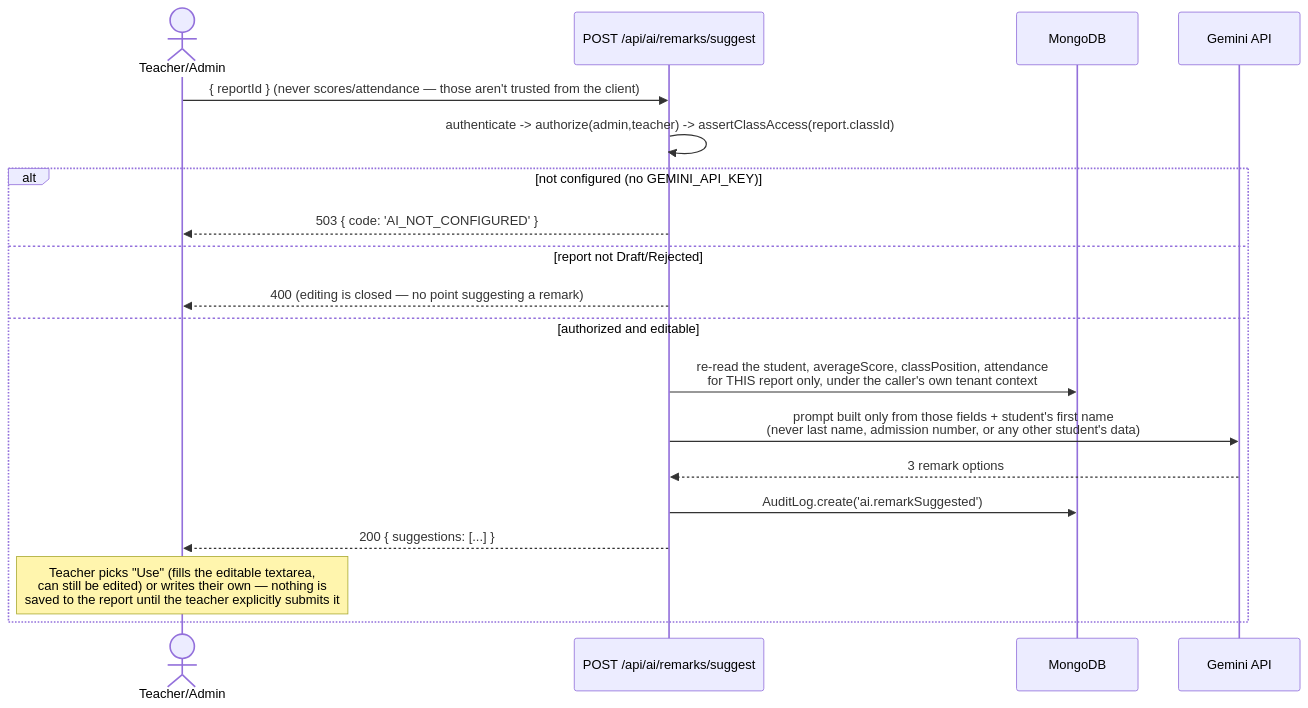
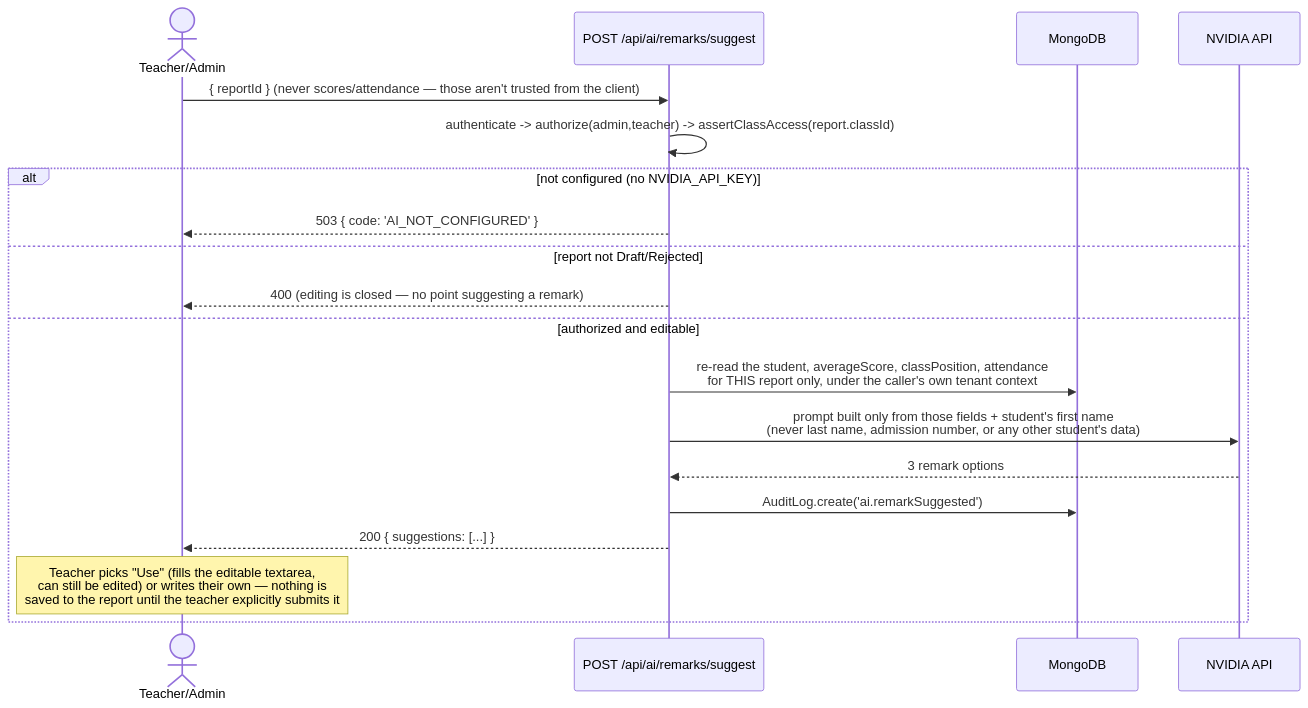
Diagram 19 of 26 in ARCHITECTURE.md (JuvelynSackey/school-management-system), drawn with Mermaid before and after one commit. The commit also changed other lines of this file and 10 other files, not shown here.

First line of the commit message:
refactor(ai): swap Gemini for NVIDIA Build (callAI, meta/llama-3.1-8b-instruct)

````diff
--- a/ARCHITECTURE.md
+++ b/ARCHITECTURE.md
@@ -593,22 +593,22 @@
 ```mermaid
 sequenceDiagram
     actor T as Teacher/Admin
     participant API as POST /api/ai/remarks/suggest
     participant DB as MongoDB
-    participant Gemini as Gemini API
+    participant AI as NVIDIA API
 
     T->>API: { reportId }  (never scores/attendance — those aren't trusted from the client)
     API->>API: authenticate -> authorize(admin,teacher) -> assertClassAccess(report.classId)
-    alt not configured (no GEMINI_API_KEY)
+    alt not configured (no NVIDIA_API_KEY)
         API-->>T: 503 { code: 'AI_NOT_CONFIGURED' }
     else report not Draft/Rejected
         API-->>T: 400 (editing is closed — no point suggesting a remark)
     else authorized and editable
         API->>DB: re-read the student, averageScore, classPosition, attendance<br/>for THIS report only, under the caller's own tenant context
-        API->>Gemini: prompt built only from those fields + student's first name<br/>(never last name, admission number, or any other student's data)
-        Gemini-->>API: 3 remark options
+        API->>AI: prompt built only from those fields + student's first name<br/>(never last name, admission number, or any other student's data)
+        AI-->>API: 3 remark options
         API->>DB: AuditLog.create('ai.remarkSuggested')
         API-->>T: 200 { suggestions: [...] }
         Note over T: Teacher picks "Use" (fills the editable textarea,<br/>can still be edited) or writes their own — nothing is<br/>saved to the report until the teacher explicitly submits it
     end
 ```
````
